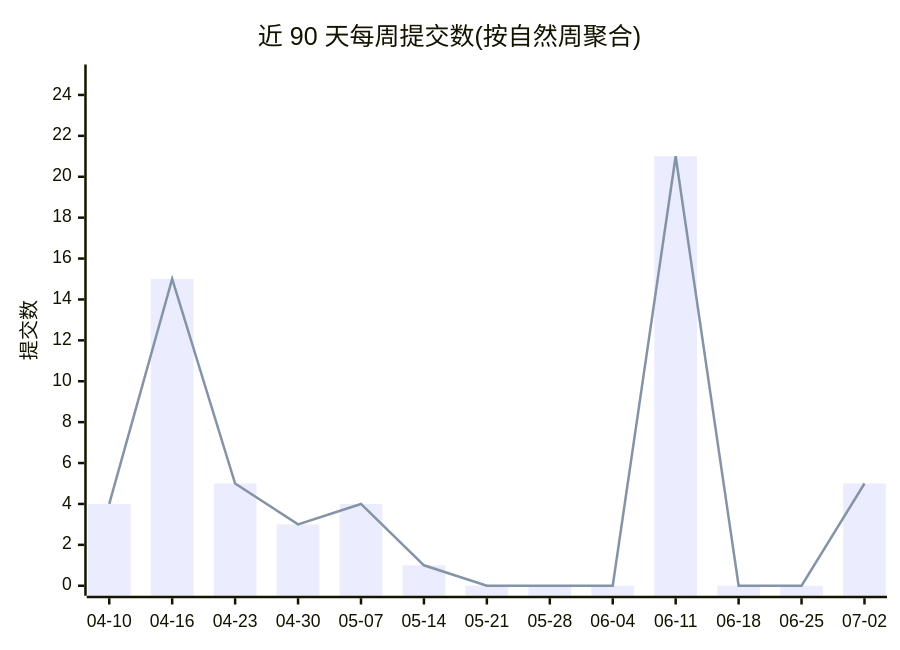
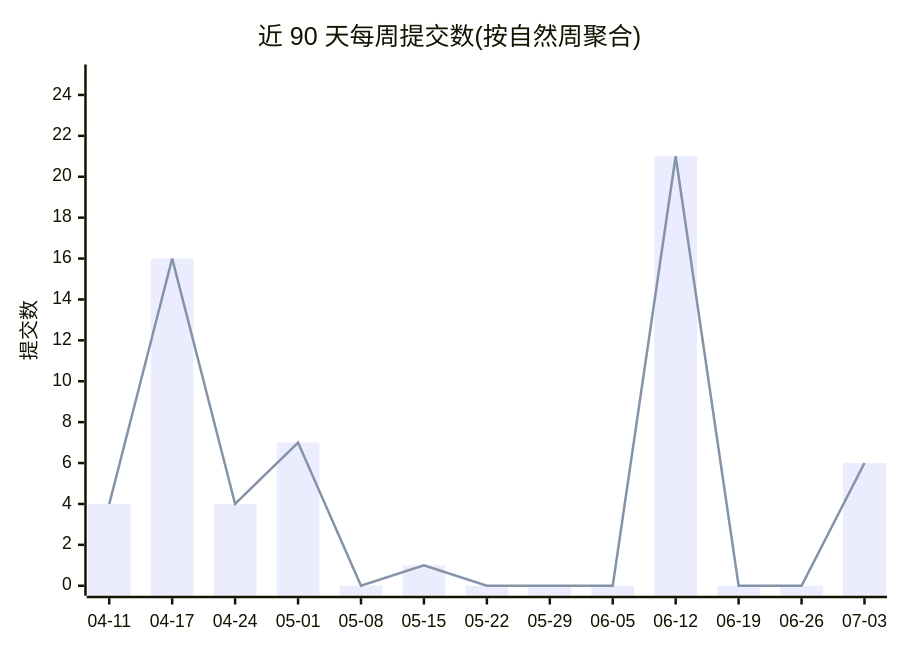
The first of 2 diagrams in profile/README.md (Conflux-Union/.github), drawn with Mermaid before and after one commit. The commit also changed other lines of this file and 1 other file, not shown here.

````diff
--- a/profile/README.md
+++ b/profile/README.md
@@ -44,8 +44,8 @@
 ```mermaid
 xychart-beta
     title "近 90 天每周提交数(按自然周聚合)"
-    x-axis ["04-10", "04-16", "04-23", "04-30", "05-07", "05-14", "05-21", "05-28", "06-04", "06-11", "06-18", "06-25", "07-02"]
+    x-axis ["04-11", "04-17", "04-24", "05-01", "05-08", "05-15", "05-22", "05-29", "06-05", "06-12", "06-19", "06-26", "07-03"]
     y-axis "提交数" 0 --> 25
-    bar [4, 15, 5, 3, 4, 1, 0, 0, 0, 21, 0, 0, 5]
-    line [4, 15, 5, 3, 4, 1, 0, 0, 0, 21, 0, 0, 5]
+    bar [4, 16, 4, 7, 0, 1, 0, 0, 0, 21, 0, 0, 6]
+    line [4, 16, 4, 7, 0, 1, 0, 0, 0, 21, 0, 0, 6]
 ```
````
